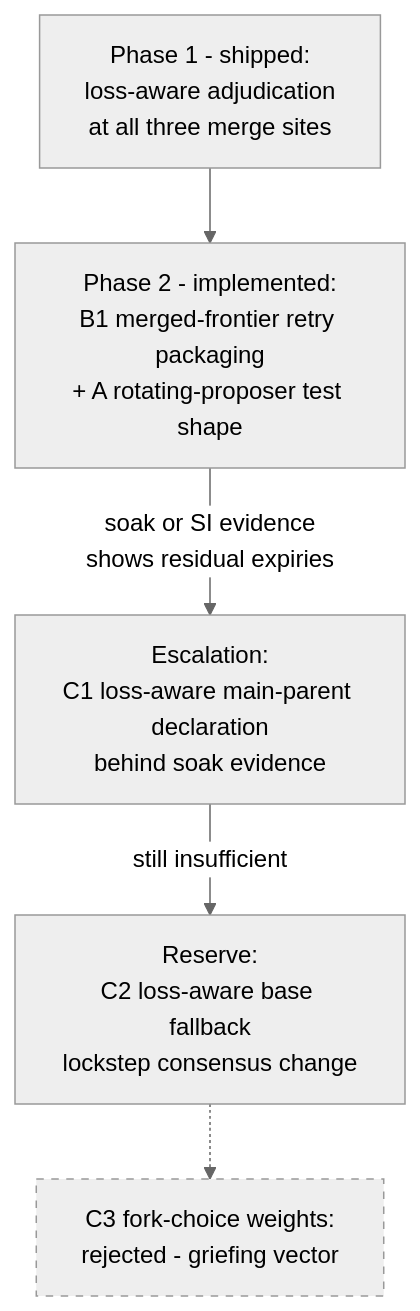
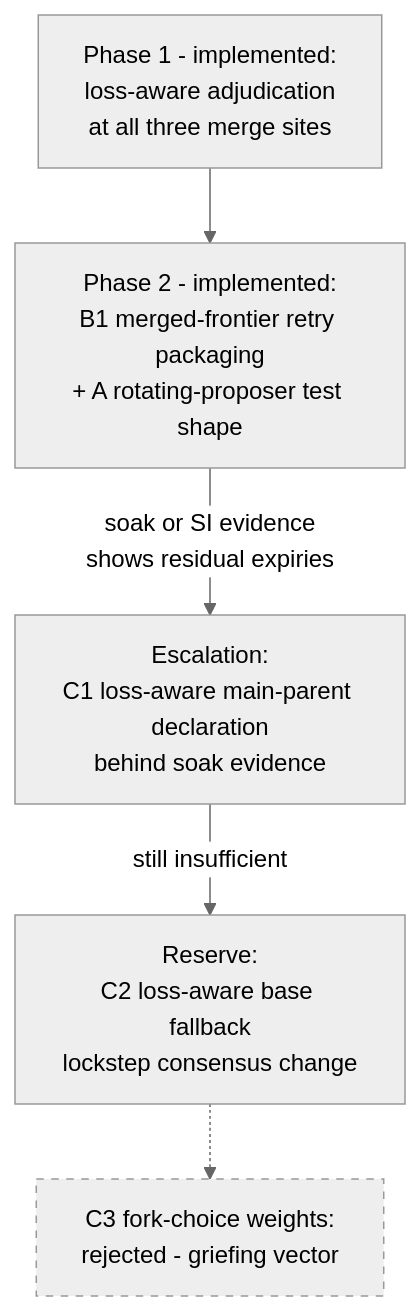
The diagram in docs/casper/CONSENSUS_PHILOSOPHY.md (F1R3FLY-io/f1r3node-rust), drawn with Mermaid (neutral theme) before and after one commit. The commit also changed other lines of this file and 3 other files, not shown here.

Commit message:
fix(casper): strengthen retry-frontier evidence and observability

````diff
--- a/docs/casper/CONSENSUS_PHILOSOPHY.md
+++ b/docs/casper/CONSENSUS_PHILOSOPHY.md
@@ -122,8 +122,8 @@
 ```mermaid
 flowchart TD
-    P1[Phase 1 - shipped:\nloss-aware adjudication\nat all three merge sites] --> B1[Phase 2 - implemented:\nB1 merged-frontier retry packaging\n+ A rotating-proposer test shape]
+    P1[Phase 1 - implemented:\nloss-aware adjudication\nat all three merge sites] --> B1[Phase 2 - implemented:\nB1 merged-frontier retry packaging\n+ A rotating-proposer test shape]
     B1 -->|soak or SI evidence\nshows residual expiries| C1[Escalation:\nC1 loss-aware main-parent declaration\nbehind soak evidence]
     C1 -->|still insufficient| C2[Reserve:\nC2 loss-aware base fallback\nlockstep consensus change]
     C2 -.-> C3[C3 fork-choice weights:\nrejected - griefing vector]
     style C3 stroke-dasharray: 5 5
 ```
````
